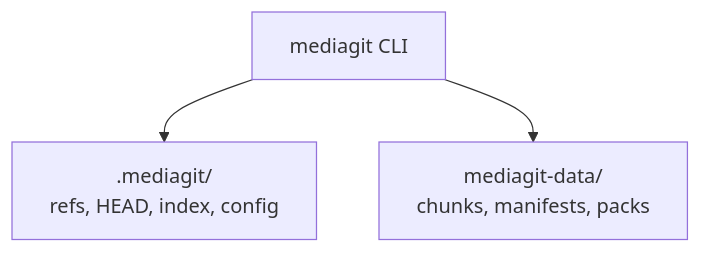
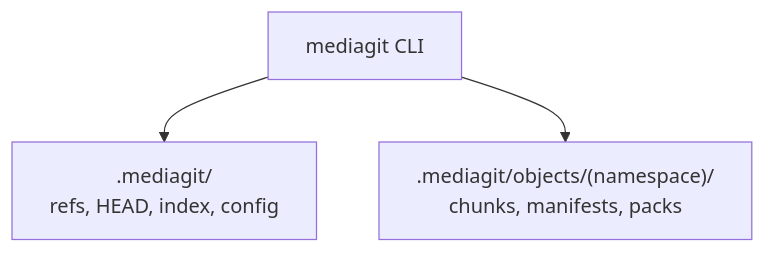
Before and after one commit to winnyboy5/mediagit-core: the first of 2 diagrams in DEVELOPMENT_GUIDE.md, drawn with Mermaid. The commit also changed other lines of this file and 21 other files, not shown here.

````diff
--- a/DEVELOPMENT_GUIDE.md
+++ b/DEVELOPMENT_GUIDE.md
@@ -42,8 +42,8 @@
 ```mermaid
 flowchart TD
     CLI["mediagit CLI"]
     META[".mediagit/<br/>refs, HEAD, index, config"]
-    OBJ["mediagit-data/<br/>chunks, manifests, packs"]
+    OBJ[".mediagit/objects/(namespace)/<br/>chunks, manifests, packs"]
     CLI --> META
     CLI --> OBJ
 ```
````
